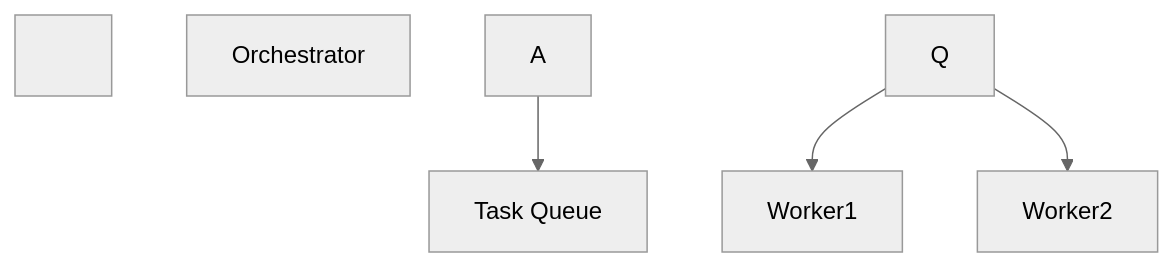
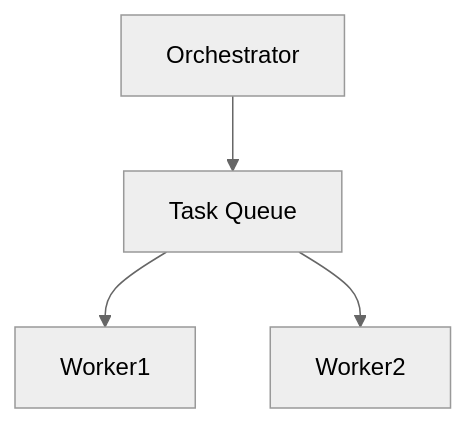
One commit to ethan-tran-mfv/aiagt-precision-triage changed diagram 12 of 13 in docs/diagram.md. Above: the diagram before and after it, drawn with Mermaid (neutral theme). The commit also changed other lines of this file and 19 other files, not shown here.

````diff
--- a/docs/diagram.md
+++ b/docs/diagram.md
@@ -781,13 +453,7 @@
 ```mermaid
-
 flowchart TD
-
-&nbsp;   A\[Orchestrator]
-
-&nbsp;   A --> Q\[Task Queue]
-
-&nbsp;   Q --> Worker1
-
-&nbsp;   Q --> Worker2
-
+    A[Orchestrator]
+    A --> Q[Task Queue]
+    Q --> Worker1
+    Q --> Worker2
 ```
````
